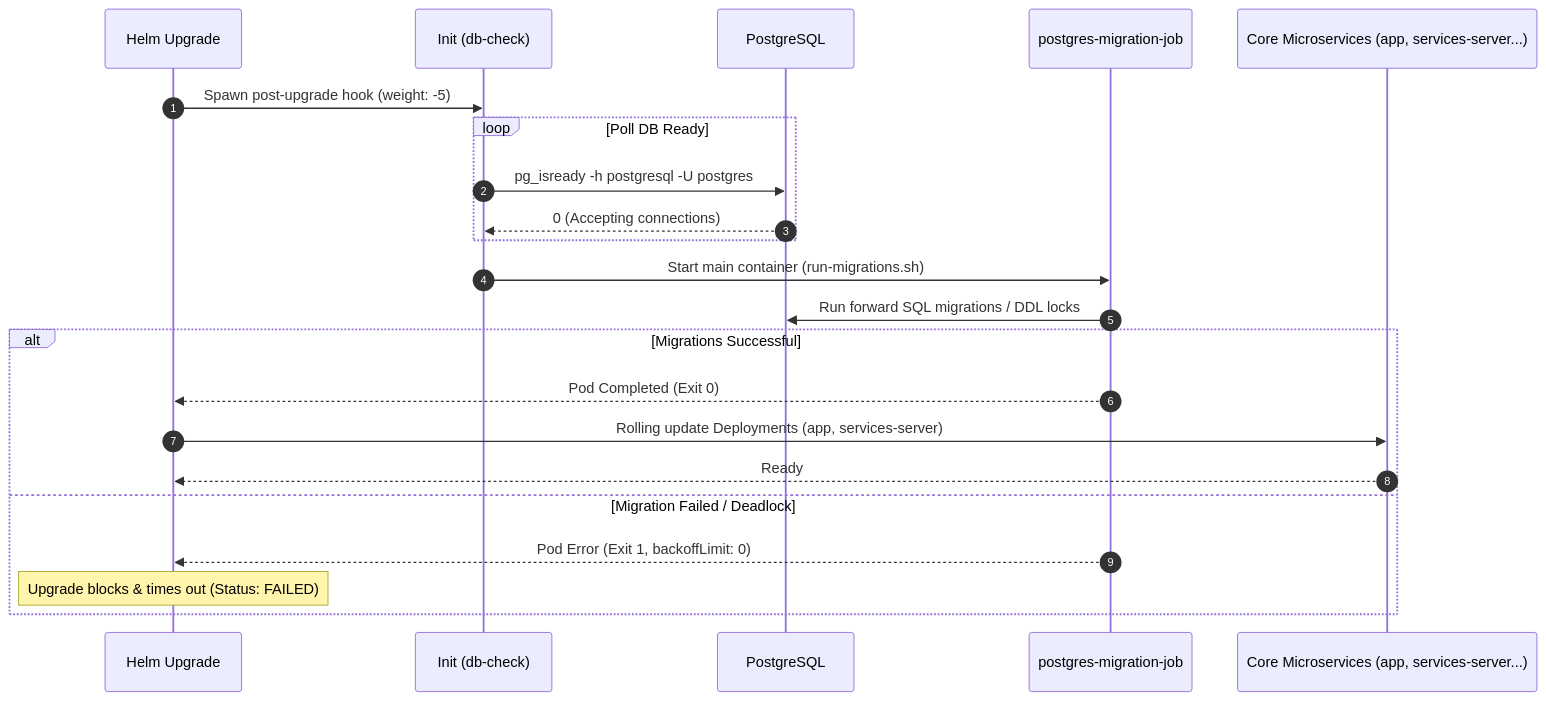
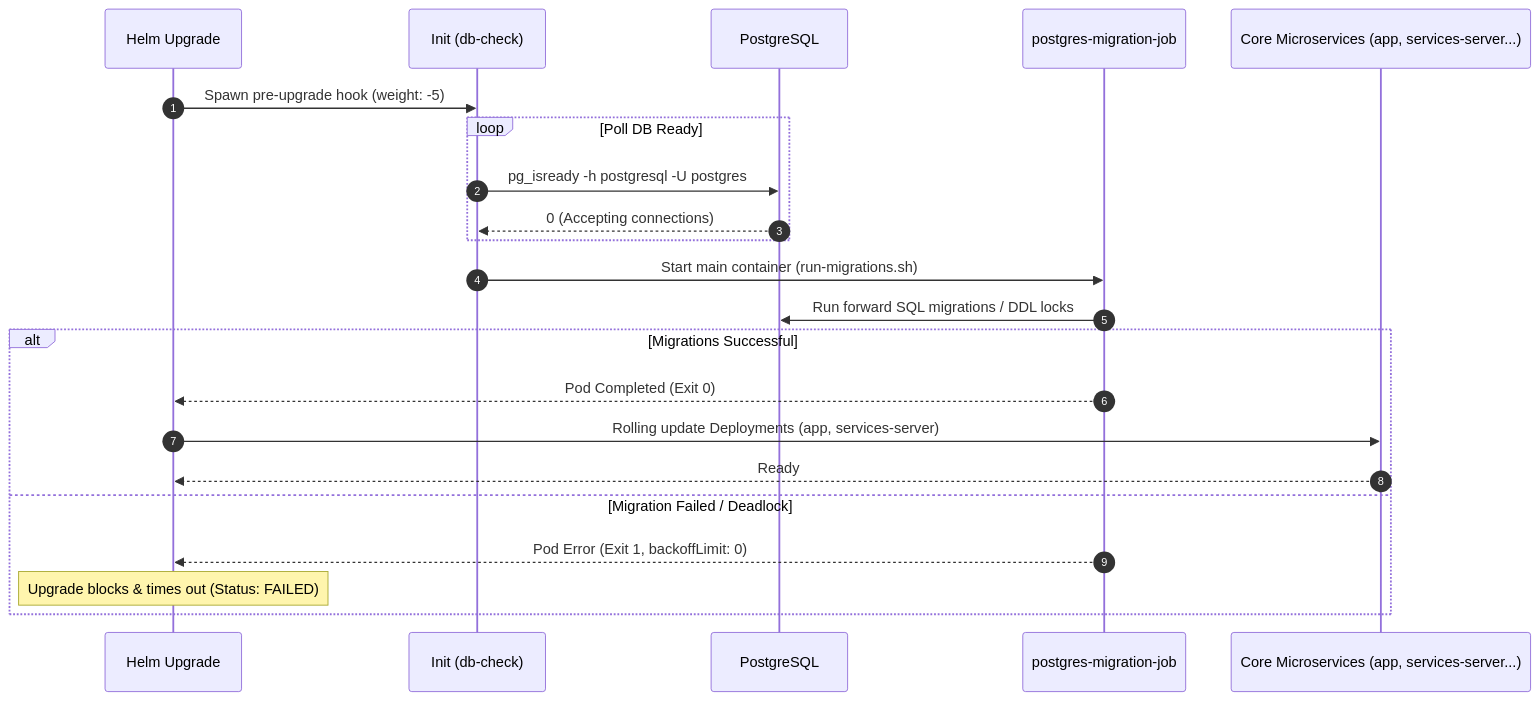
One commit to nudgebee/nudgebee-docs changed the first of 2 diagrams in doc-server/docs/installation/server/upgrade.md. Above: the diagram before and after it, drawn with Mermaid. The commit also changed other lines of this file, not shown here.

Commit message:
docs(server): fix hook diagram label, timestamp placeholder, aurora instance creation, and curl entrypoint

````diff
--- a/doc-server/docs/installation/server/upgrade.md
+++ b/doc-server/docs/installation/server/upgrade.md
@@ -175,25 +175,25 @@
 ```mermaid
 sequenceDiagram
     autonumber
     participant Helm as Helm Upgrade
     participant Init as Init (db-check)
     participant PG as PostgreSQL
     participant Mig as postgres-migration-job
     participant Apps as Core Microservices (app, services-server...)
 
-    Helm->>Init: Spawn post-upgrade hook (weight: -5)
+    Helm->>Init: Spawn pre-upgrade hook (weight: -5)
     loop Poll DB Ready
         Init->>PG: pg_isready -h postgresql -U postgres
         PG-->>Init: 0 (Accepting connections)
     end
     Init->>Mig: Start main container (run-migrations.sh)
     Mig->>PG: Run forward SQL migrations / DDL locks
     alt Migrations Successful
         Mig-->>Helm: Pod Completed (Exit 0)
         Helm->>Apps: Rolling update Deployments (app, services-server)
         Apps-->>Helm: Ready
     else Migration Failed / Deadlock
         Mig-->>Helm: Pod Error (Exit 1, backoffLimit: 0)
         Note over Helm: Upgrade blocks & times out (Status: FAILED)
     end
 ```
````
